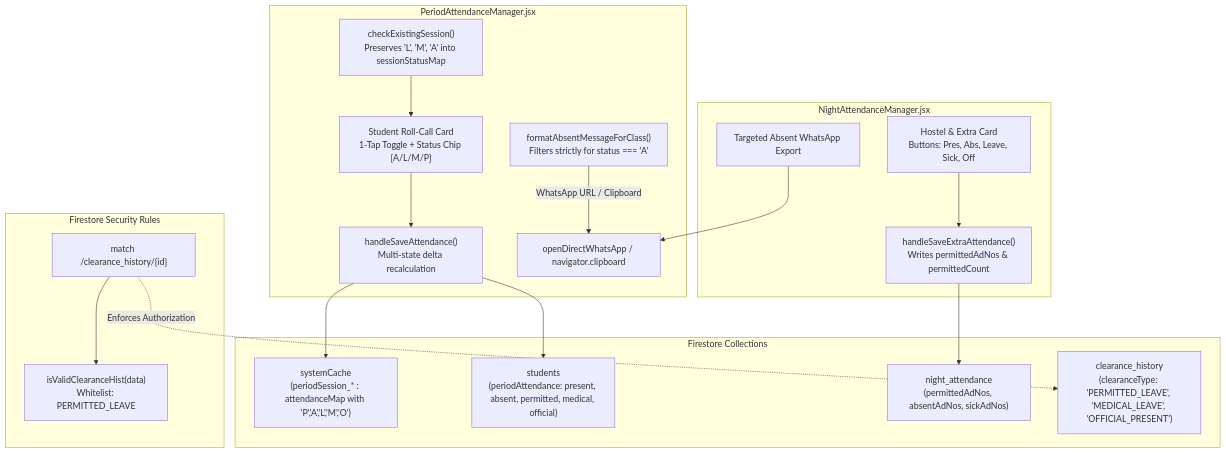
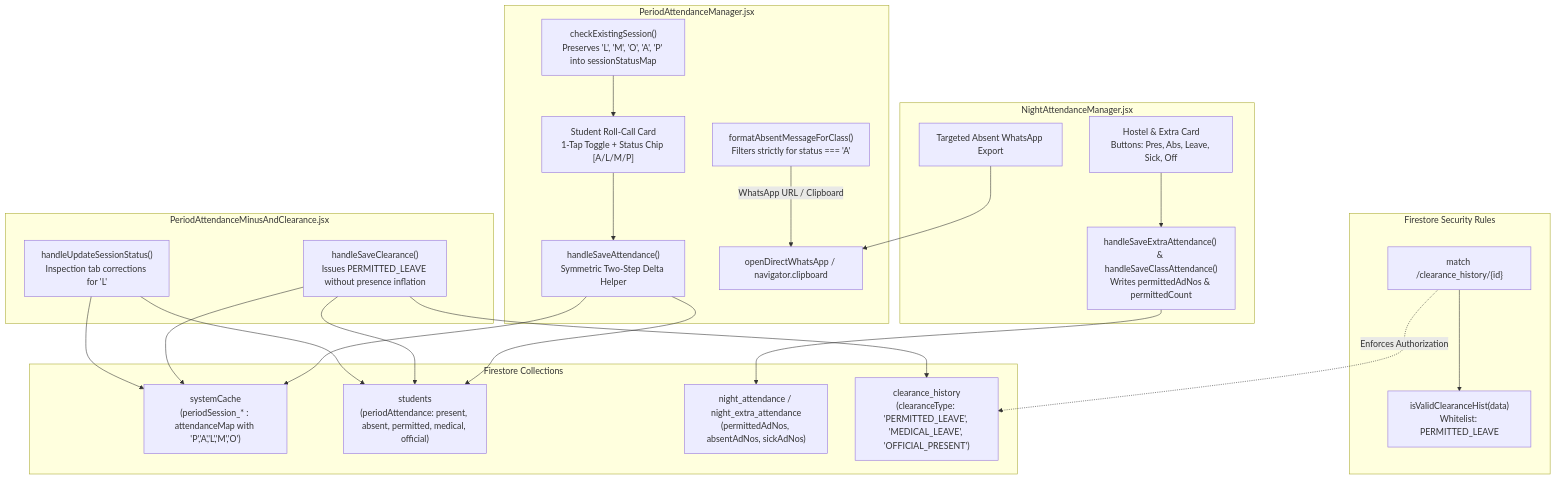
Before and after one commit to safmuzammil/mark-entry-app: the diagram in docs/designs/permitted_leave_and_absentees_export.md, drawn with Mermaid. The commit also changed other lines of this file and 5 other files, not shown here.

Commit message:
docs(design): finalize permitted leave & absentees export design following EGM review

````diff
--- a/docs/designs/permitted_leave_and_absentees_export.md
+++ b/docs/designs/permitted_leave_and_absentees_export.md
@@ -88,39 +108,47 @@
 ```mermaid
 flowchart TD
     subgraph DataStore ["Firestore Collections"]
         SC["systemCache<br/>(periodSession_* : attendanceMap with 'P','A','L','M','O')"]
         ST["students<br/>(periodAttendance: present, absent, permitted, medical, official)"]
-        NA["night_attendance<br/>(permittedAdNos, absentAdNos, sickAdNos)"]
+        NA["night_attendance / night_extra_attendance<br/>(permittedAdNos, absentAdNos, sickAdNos)"]
         CH["clearance_history<br/>(clearanceType: 'PERMITTED_LEAVE', 'MEDICAL_LEAVE', 'OFFICIAL_PRESENT')"]
     end
 
     subgraph Security ["Firestore Security Rules"]
         VAL_H["isValidClearanceHist(data)<br/>Whitelist: PERMITTED_LEAVE"]
         RULE_H["match /clearance_history/{id}"]
         RULE_H --> VAL_H
     end
 
     subgraph PeriodAttendancePortal ["PeriodAttendanceManager.jsx"]
         UI_CARD["Student Roll-Call Card<br/>1-Tap Toggle + Status Chip [A/L/M/P]"]
-        LOADER["checkExistingSession()<br/>Preserves 'L', 'M', 'A' into sessionStatusMap"]
-        DELTA["handleSaveAttendance()<br/>Multi-state delta recalculation"]
+        LOADER["checkExistingSession()<br/>Preserves 'L', 'M', 'O', 'A', 'P' into sessionStatusMap"]
+        DELTA["handleSaveAttendance()<br/>Symmetric Two-Step Delta Helper"]
         EXPORT["formatAbsentMessageForClass()<br/>Filters strictly for status === 'A'"]
         
         UI_CARD --> DELTA
         LOADER --> UI_CARD
         DELTA --> SC & ST
         EXPORT -->|WhatsApp URL / Clipboard| WA["openDirectWhatsApp / navigator.clipboard"]
     end
 
     subgraph NightAttendancePortal ["NightAttendanceManager.jsx"]
         N_CARD["Hostel & Extra Card<br/>Buttons: Pres, Abs, Leave, Sick, Off"]
-        N_SAVE["handleSaveExtraAttendance()<br/>Writes permittedAdNos & permittedCount"]
+        N_SAVE["handleSaveExtraAttendance() & handleSaveClassAttendance()<br/>Writes permittedAdNos & permittedCount"]
         N_EXPORT["Targeted Absent WhatsApp Export"]
         
         N_CARD --> N_SAVE
         N_SAVE --> NA
         N_EXPORT --> WA
     end
 
+    subgraph ClearancePortal ["PeriodAttendanceMinusAndClearance.jsx"]
+        CLR_SAVE["handleSaveClearance()<br/>Issues PERMITTED_LEAVE without presence inflation"]
+        CLR_INSPECT["handleUpdateSessionStatus()<br/>Inspection tab corrections for 'L'"]
+        
+        CLR_SAVE --> CH & ST & SC
+        CLR_INSPECT --> ST & SC
+    end
+
     RULE_H -.->|Enforces Authorization| CH
 ```
````
